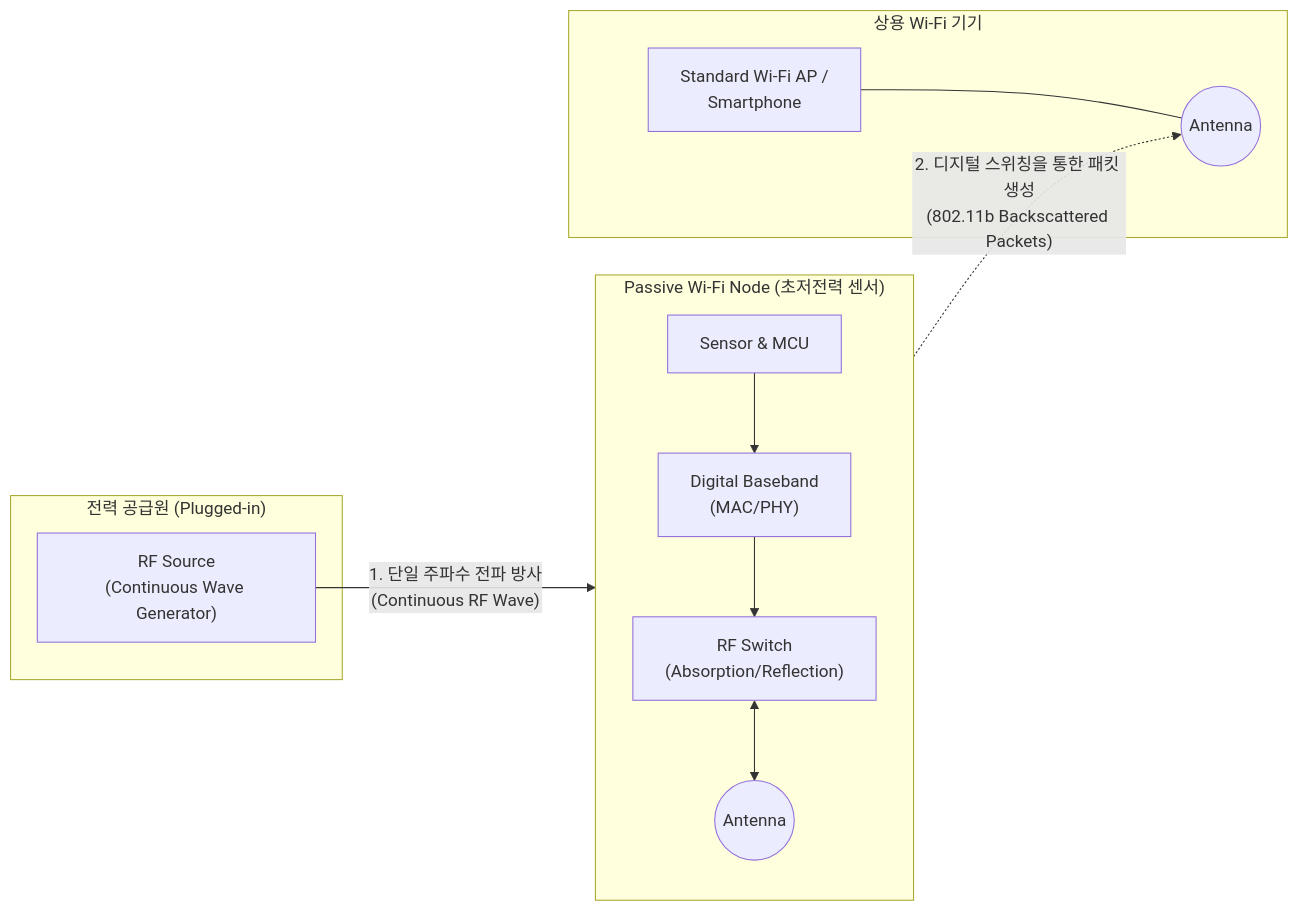
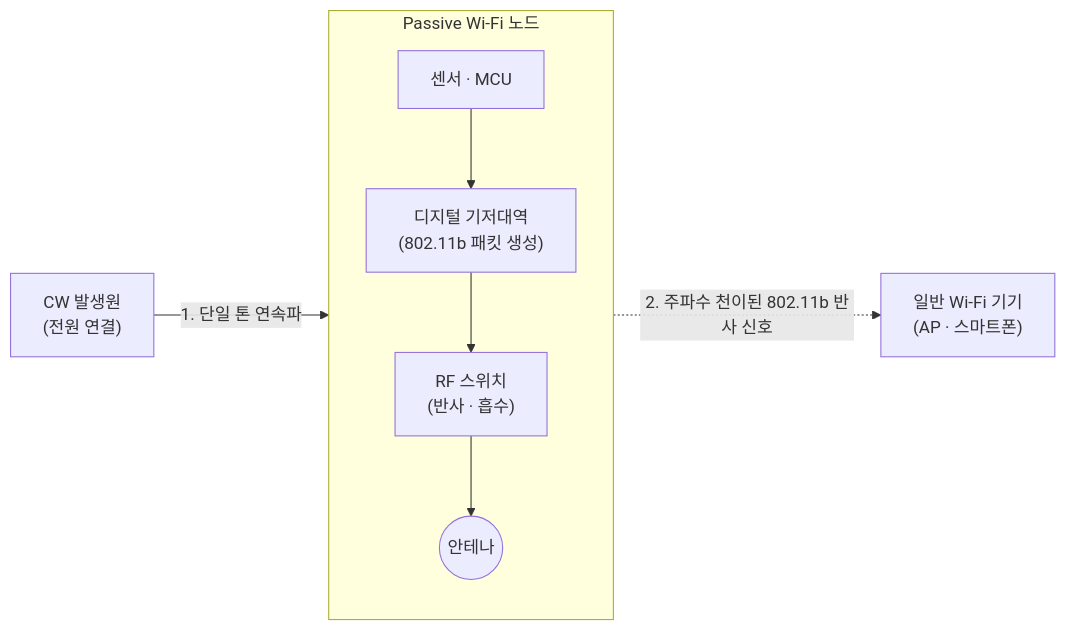
The diagram in content/01_IT Tech/Passive WiFi.md (supremethumb/supremethumb.github.io), drawn with Mermaid before and after one commit. The commit also changed other lines of this file and 1087 other files, not shown here.

````diff
--- a/content/01_IT Tech/Passive WiFi.md
+++ b/content/01_IT Tech/Passive WiFi.md
@@ -33,29 +36,11 @@
 ```mermaid
 flowchart LR
-    subgraph Power_Source ["전력 공급원 (Plugged-in)"]
-        RF_Source["RF Source<br/>(Continuous Wave Generator)"]
+    CW["CW 발생원<br/>(전원 연결)"]
+    subgraph NODE["Passive Wi-Fi 노드"]
+        direction TB
+        S["센서 · MCU"] --> BB["디지털 기저대역<br/>(802.11b 패킷 생성)"] --> SW["RF 스위치<br/>(반사 · 흡수)"] --> A1(("안테나"))
     end
-
-    subgraph IoT_Node ["Passive Wi-Fi Node (초저전력 센서)"]
-        direction TB
-        Sensor["Sensor & MCU"]
-        Baseband["Digital Baseband<br/>(MAC/PHY)"]
-        Switch["RF Switch<br/>(Absorption/Reflection)"]
-        Antenna1(("Antenna"))
-        
-        Sensor --> Baseband
-        Baseband --> Switch
-        Switch <--> Antenna1
-    end
-
-    subgraph Receiver ["상용 Wi-Fi 기기"]
-        AP["Standard Wi-Fi AP /<br/>Smartphone"]
-        Antenna2(("Antenna"))
-        
-        AP --- Antenna2
-    end
-
-    RF_Source -- "1. 단일 주파수 전파 방사<br/>(Continuous RF Wave)" --> Antenna1
-    Antenna1 -. "2. 디지털 스위칭을 통한 패킷 생성<br/>(802.11b Backscattered Packets)" .-> Antenna2
-
+    RXD["일반 Wi-Fi 기기<br/>(AP · 스마트폰)"]
+    CW -- "1. 단일 톤 연속파" --> A1
+    A1 -. "2. 주파수 천이된 802.11b 반사 신호" .-> RXD
 ```
````
